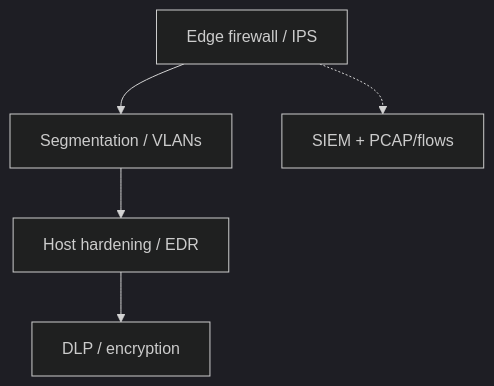
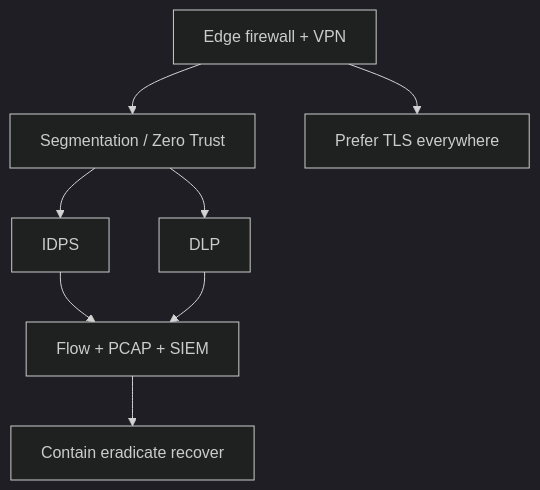
The ninth of 9 diagrams in learning/10-network-security.md (omnayak27199/pktana), drawn with Mermaid (dark theme) before and after one commit. The commit also changed other lines of this file and 14 other files, not shown here.

````diff
--- a/learning/10-network-security.md
+++ b/learning/10-network-security.md
@@ -59,7 +281,10 @@
 ```mermaid
 flowchart TB
-  Edge[Edge firewall / IPS] --> Seg[Segmentation / VLANs]
-  Seg --> Host[Host hardening / EDR]
-  Host --> Data[DLP / encryption]
-  Edge -.-> Monitor[SIEM + PCAP/flows]
+  Edge[Edge firewall + VPN] --> Seg[Segmentation / Zero Trust]
+  Seg --> IDPS[IDPS]
+  Seg --> DLP[DLP]
+  Edge --> TLS[Prefer TLS everywhere]
+  IDPS --> Mon[Flow + PCAP + SIEM]
+  DLP --> Mon
+  Mon --> Resp[Contain eradicate recover]
 ```
````
